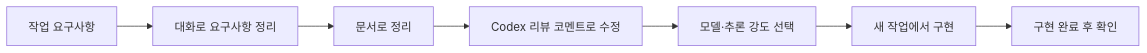
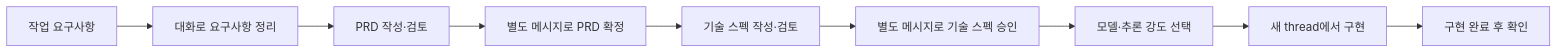
One commit to j-token/j-token-codex-workflow-kit changed the diagram in README.ko.md. Above: the diagram before and after it, drawn with Mermaid. The commit also changed other lines of this file and 9 other files, not shown here.

````diff
--- a/README.ko.md
+++ b/README.ko.md
@@ -22,9 +22,11 @@
 ```mermaid
 flowchart LR
     A["작업 요구사항"] --> B["대화로 요구사항 정리"]
-    B --> C["문서로 정리"]
-    C --> D["Codex 리뷰 코멘트로 수정"]
-    D --> E["모델·추론 강도 선택"]
-    E --> F["새 작업에서 구현"]
-    F --> G["구현 완료 후 확인"]
+    B --> C["PRD 작성·검토"]
+    C --> D["별도 메시지로 PRD 확정"]
+    D --> E["기술 스펙 작성·검토"]
+    E --> F["별도 메시지로 기술 스펙 승인"]
+    F --> G["모델·추론 강도 선택"]
+    G --> H["새 thread에서 구현"]
+    H --> I["구현 완료 후 확인"]
 ```
````
